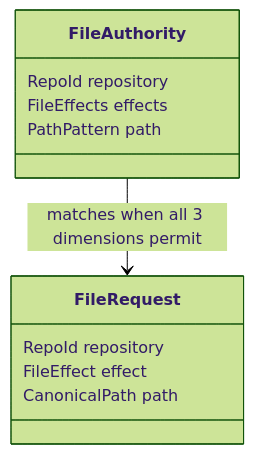
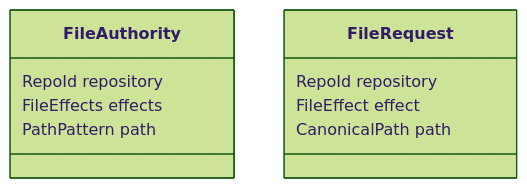
The second of 4 diagrams in docs/authority-core/file-authorities.md (Aqua-218/SecCamp-AIAgent), drawn with Mermaid (forest theme) before and after one commit. The commit also changed other lines of this file, not shown here.

Commit message:
docs(authority): clarify file authority guarantees

````diff
--- a/docs/authority-core/file-authorities.md
+++ b/docs/authority-core/file-authorities.md
@@ -46,16 +121,14 @@
 ```mermaid
 classDiagram
     class FileAuthority {
         RepoId repository
         FileEffects effects
         PathPattern path
     }
 
     class FileRequest {
         RepoId repository
         FileEffect effect
         CanonicalPath path
     }
-
-    FileAuthority --> FileRequest : matches when all 3 dimensions permit
 ```
````
